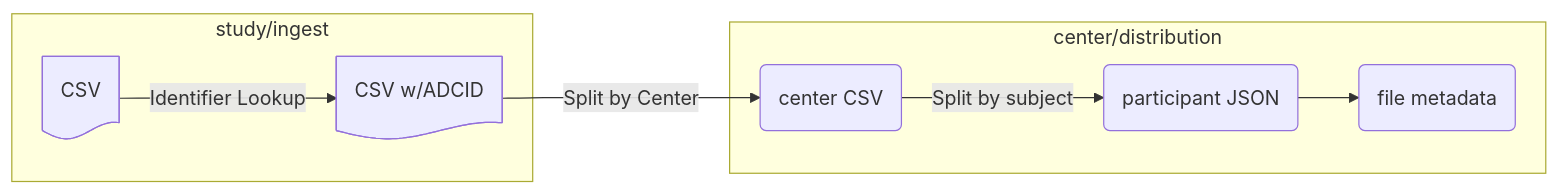
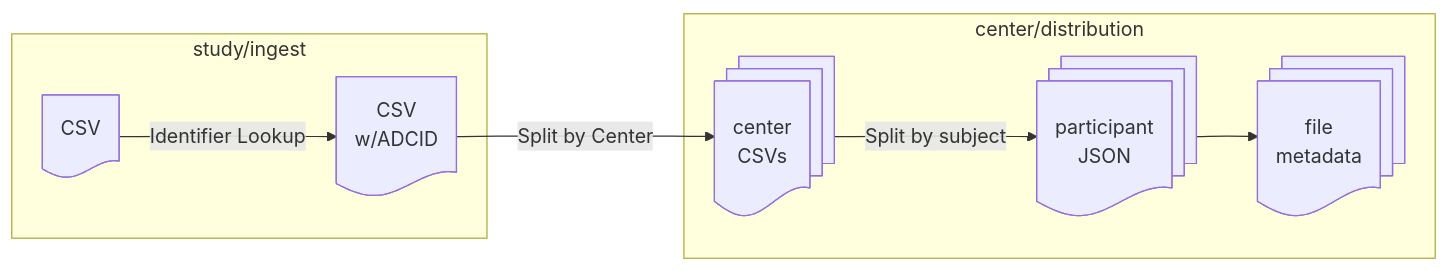
One commit to naccdata/flywheel-gear-extensions changed the diagram in docs/csv_center_splitter/process.md. Above: the diagram before and after it, drawn with Mermaid.

Commit message:
Update process.md
Add more shapes and add line breaks to labels

````diff
--- a/docs/csv_center_splitter/process.md
+++ b/docs/csv_center_splitter/process.md
@@ -13,11 +13,11 @@
 ```mermaid
 flowchart LR
     subgraph study/ingest
-        A@{ shape: doc, label: "CSV" } -- Identifier Lookup --> B@{ shape: doc, label: "CSV w/ADCID" }
+        A@{ shape: doc, label: "CSV" } -- Identifier Lookup --> B@{ shape: doc, label: "CSV\nw/ADCID" }
     end
     subgraph center/distribution
-        B -- Split by Center --> C(center CSV)
-        C -- Split by subject --> D(participant JSON)
-        D --> E(file metadata)
+        B -- Split by Center --> C@{ shape: docs, label: "center\nCSVs" }
+        C -- Split by subject --> D@{ shape: docs, label: "participant\nJSON" }
+        D --> E@{ shape: docs, label: "file\nmetadata" }
     end
 ```
````
